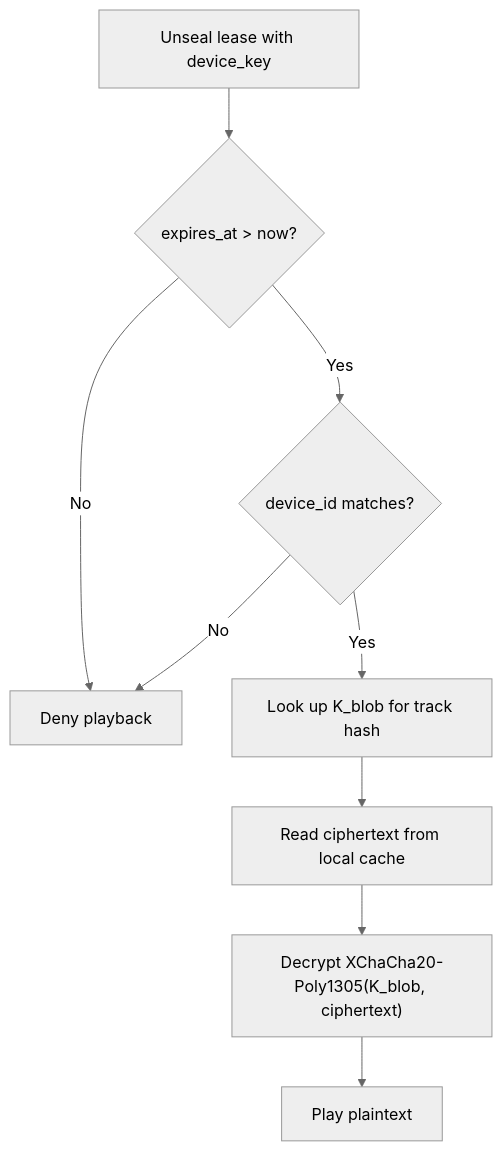
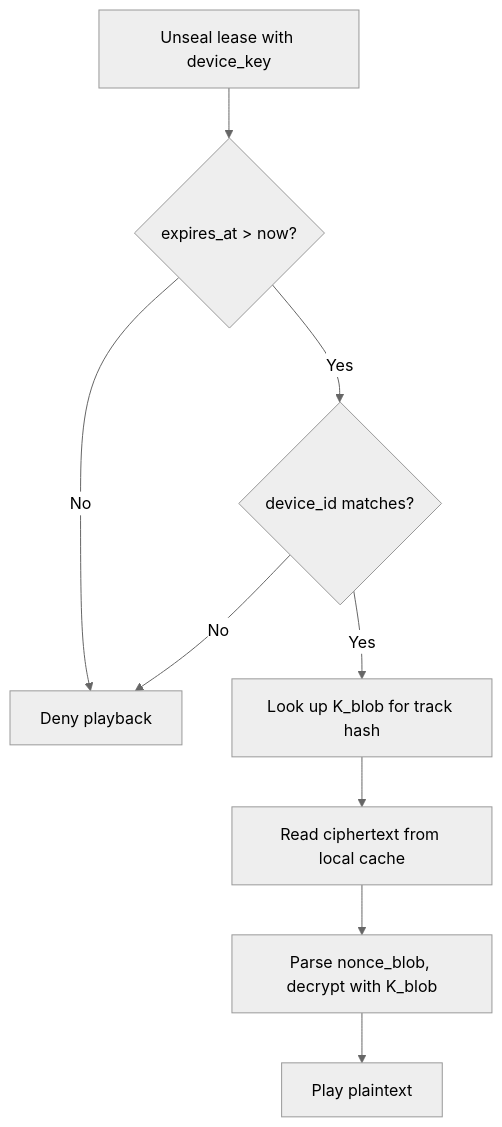
One commit to decdn/decdn changed the third of 4 diagrams in adr/006-e2e-encryption.md. Above: the diagram before and after it, drawn with Mermaid (neutral theme). The commit also changed other lines of this file, not shown here.

First line of the commit message:
docs: specify XChaCha20-Poly1305 nonce storage in ADR 006 (#112)

````diff
--- a/adr/006-e2e-encryption.md
+++ b/adr/006-e2e-encryption.md
@@ -181,11 +189,11 @@
 ```mermaid
 flowchart TD
     A[Unseal lease with device_key] --> B{expires_at > now?}
     B -->|No| DENY[Deny playback]
     B -->|Yes| C{device_id matches?}
     C -->|No| DENY
     C -->|Yes| D[Look up K_blob for track hash]
     D --> E[Read ciphertext from local cache]
-    E --> F["Decrypt XChaCha20-Poly1305(K_blob, ciphertext)"]
+    E --> F["Parse nonce_blob, decrypt with K_blob"]
     F --> G[Play plaintext]
 ```
````
